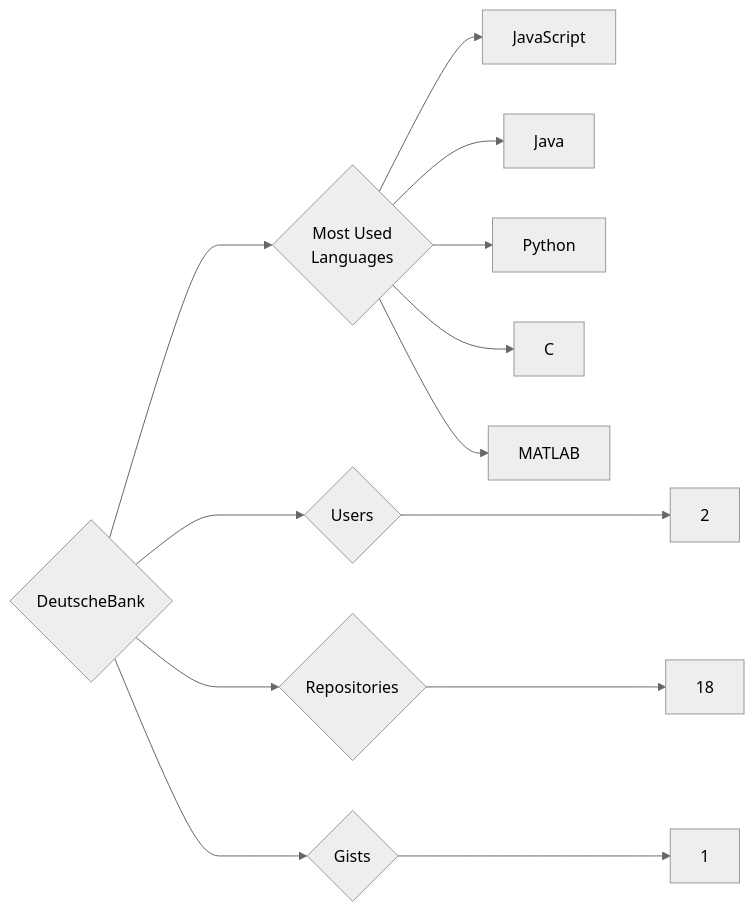
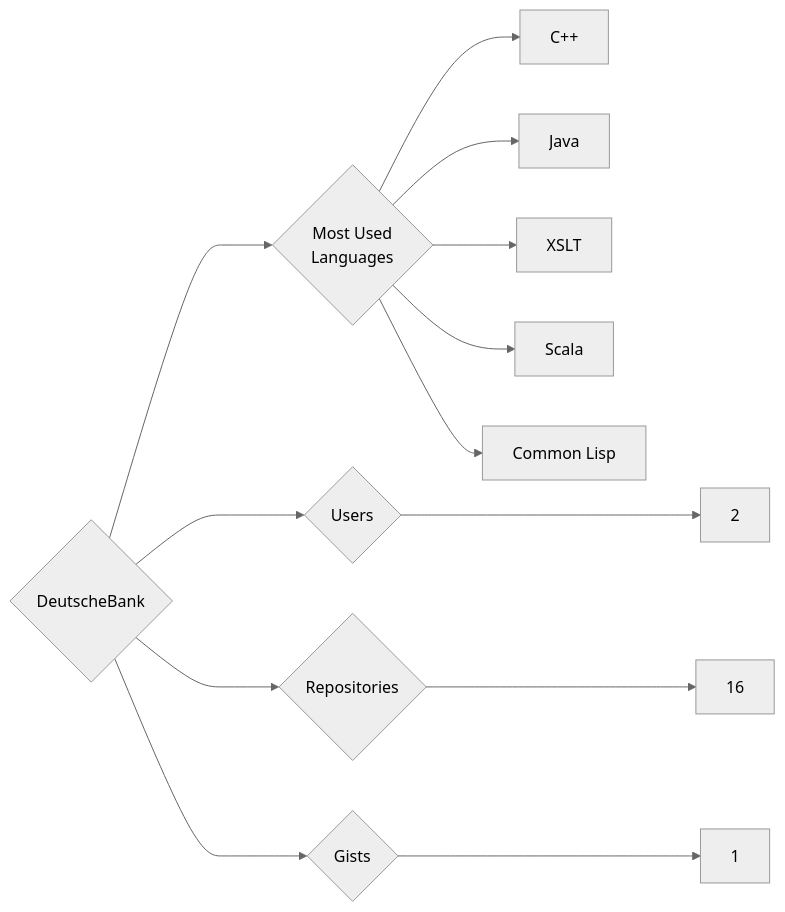
Before and after one commit to trickest/insiders: the diagram in targets/DeutscheBank/README.md, drawn with Mermaid (neutral theme). The commit also changed 988 other files, not shown here.

````diff
--- a/targets/DeutscheBank/README.md
+++ b/targets/DeutscheBank/README.md
@@ -3,13 +3,13 @@
 ```mermaid
 graph LR
 COMPANY_NAME{DeutscheBank}
 COMPANY_NAME ---> U{Users} ---> UN[2]
-COMPANY_NAME ---> R{Repositories} ---> RN[18]
+COMPANY_NAME ---> R{Repositories} ---> RN[16]
 COMPANY_NAME ---> G{Gists} ---> GN[1]
 COMPANY_NAME ---> ML{Most Used<br>Languages}
-ML --> JavaScript[JavaScript]
+ML --> C++[C++]
 ML --> Java[Java]
-ML --> Python[Python]
-ML --> C[C]
-ML --> MATLAB[MATLAB]
+ML --> XSLT[XSLT]
+ML --> Scala[Scala]
+ML --> Common_Lisp[Common Lisp]
 ```
````
